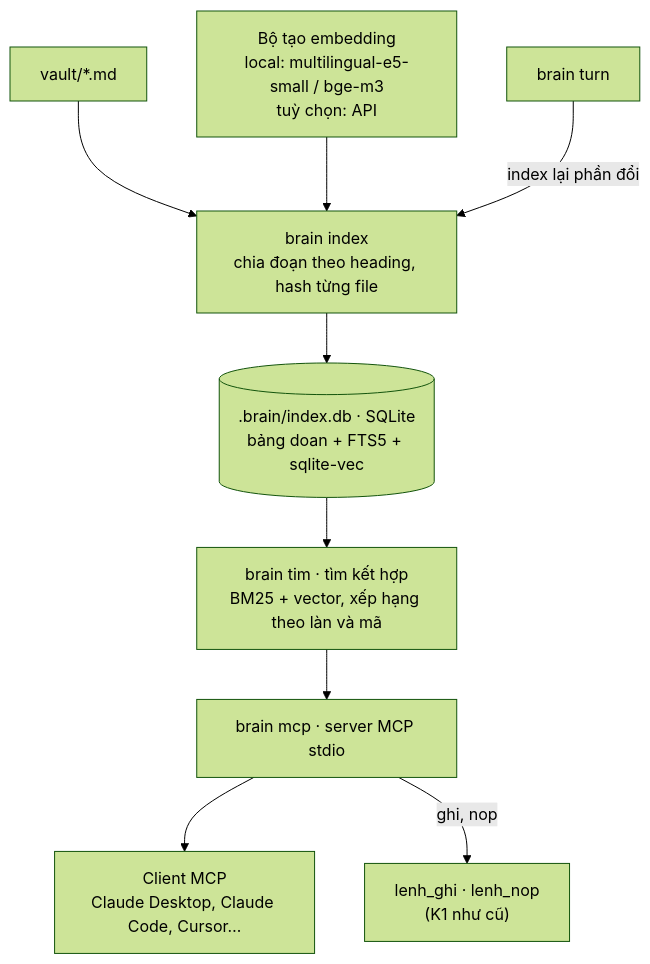
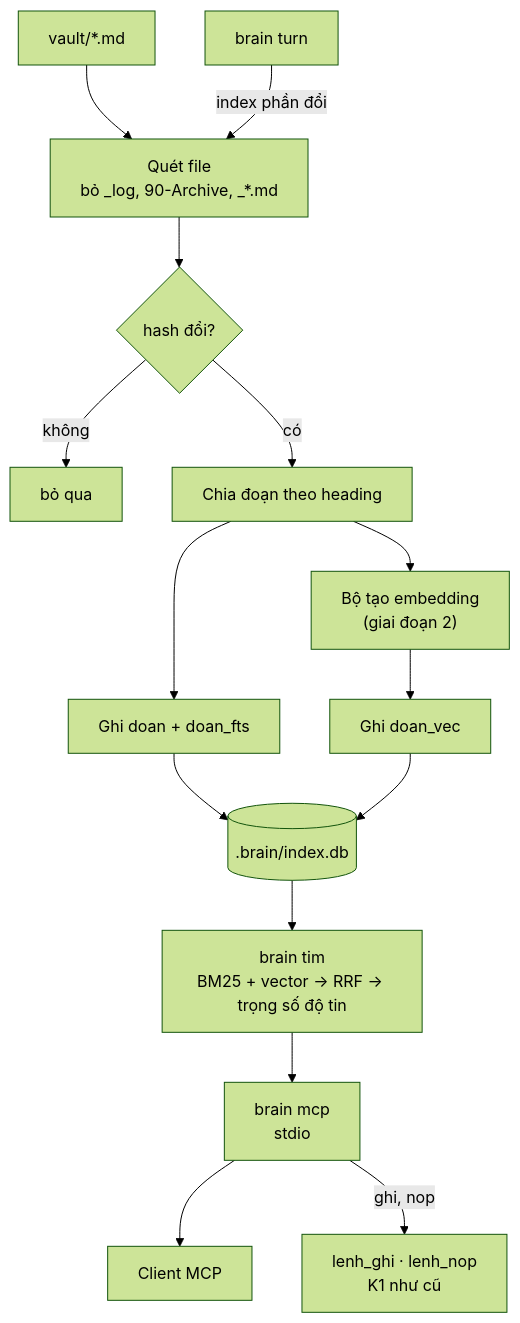
Before and after one commit to DaveTran243/Brain_Standard: the eighth of 9 diagrams in docs/kien-truc-he-thong.md, drawn with Mermaid (forest theme). The commit also changed other lines of this file and 1 other file, not shown here.

````diff
--- a/docs/kien-truc-he-thong.md
+++ b/docs/kien-truc-he-thong.md
@@ -390,11 +978,17 @@
 ```mermaid
 flowchart TB
-  V2["vault/*.md"] --> IX["brain index<br/>chia đoạn theo heading, hash từng file"]
-  IX --> DB[(".brain/index.db · SQLite<br/>bảng doan + FTS5 + sqlite-vec")]
-  EM["Bộ tạo embedding<br/>local: multilingual-e5-small / bge-m3<br/>tuỳ chọn: API"] --> IX
-  DB --> TK["brain tim · tìm kết hợp<br/>BM25 + vector, xếp hạng theo làn và mã"]
-  TK --> MCP["brain mcp · server MCP stdio"]
-  MCP --> CL2["Client MCP<br/>Claude Desktop, Claude Code, Cursor…"]
-  MCP -- "ghi, nop" --> CORE["lenh_ghi · lenh_nop<br/>(K1 như cũ)"]
-  TURN["brain turn"] -- "index lại phần đổi" --> IX
+  V2["vault/*.md"] --> SC["Quét file<br/>bỏ _log, 90-Archive, _*.md"]
+  SC --> HS{"hash đổi?"}
+  HS -- "không" --> SKIP["bỏ qua"]
+  HS -- "có" --> CH["Chia đoạn theo heading"]
+  CH --> FTS["Ghi doan + doan_fts"]
+  CH --> EM["Bộ tạo embedding<br/>(giai đoạn 2)"]
+  EM --> VEC["Ghi doan_vec"]
+  FTS --> DB[(".brain/index.db")]
+  VEC --> DB
+  DB --> TK["brain tim<br/>BM25 + vector → RRF → trọng số độ tin"]
+  TK --> MCP["brain mcp<br/>stdio"]
+  MCP --> CL2["Client MCP"]
+  MCP -- "ghi, nop" --> CORE["lenh_ghi · lenh_nop<br/>K1 như cũ"]
+  TURN["brain turn"] -- "index phần đổi" --> SC
 ```
````
